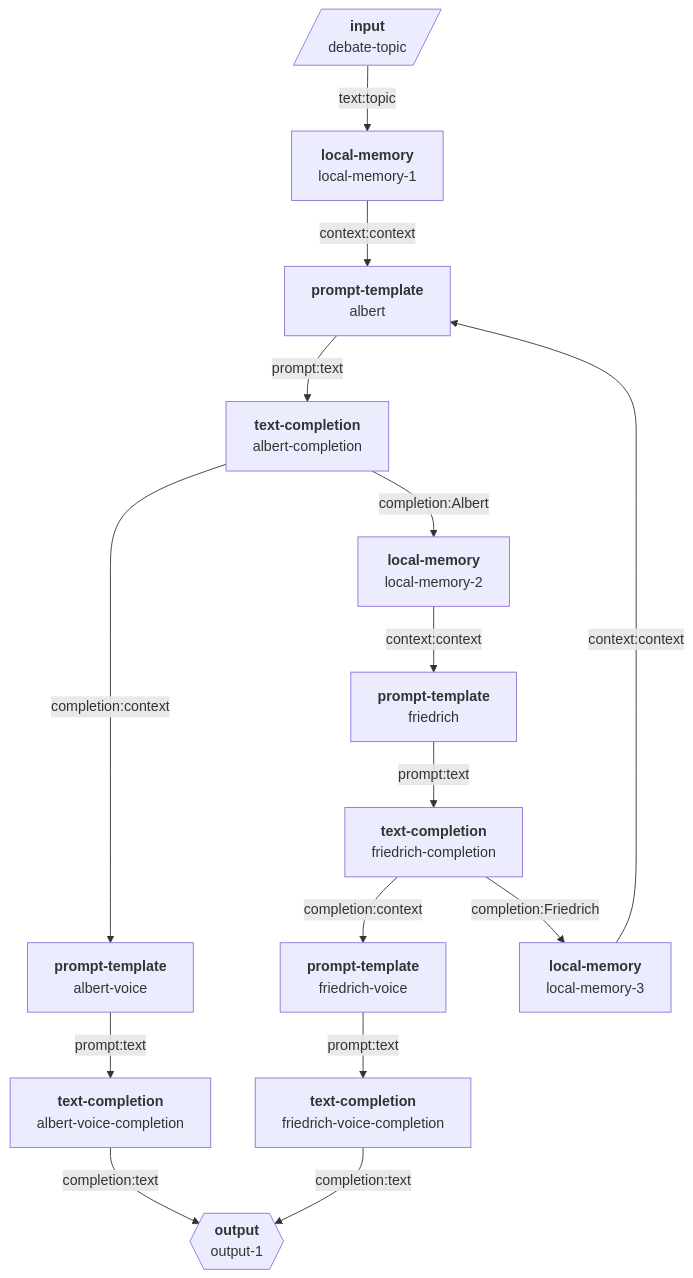
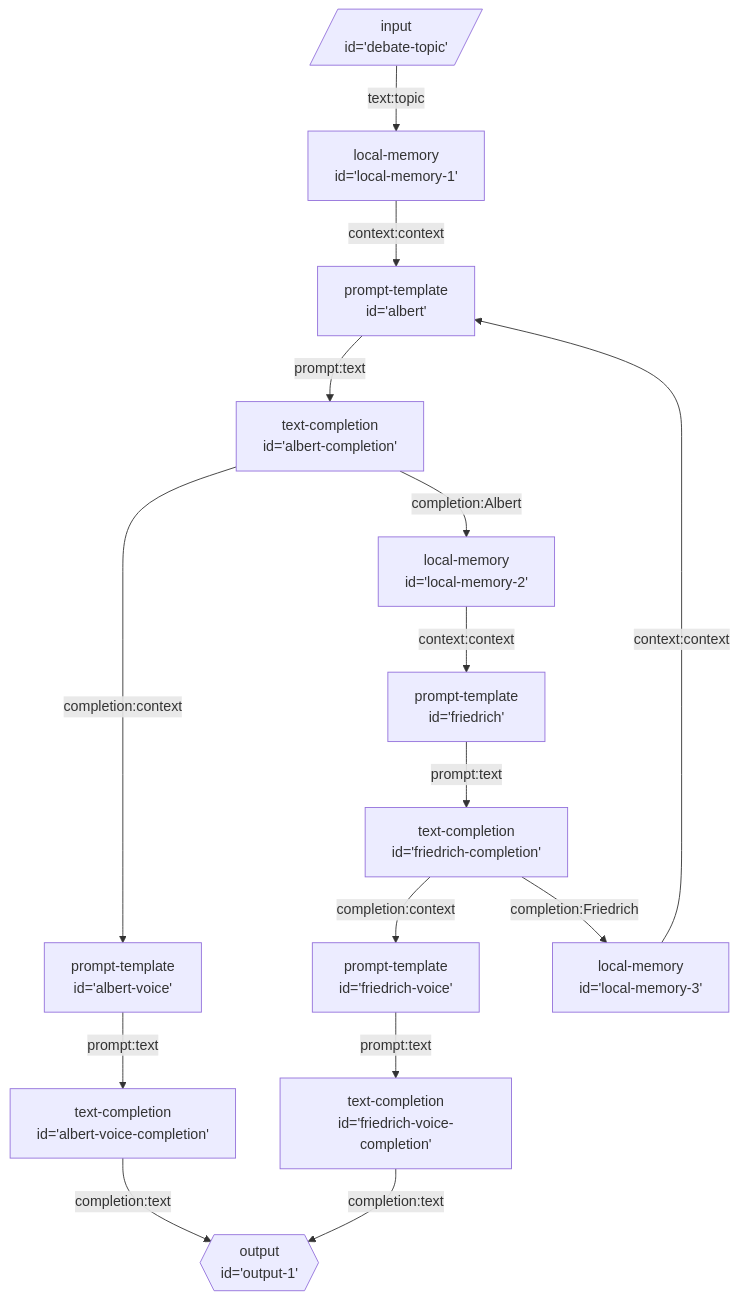
Before and after one commit to breadboard-ai/breadboard: the diagram in seeds/graph-playground/docs/graphs/endless-debate-with-voice.md, drawn with Mermaid. The commit also changed 11 other files, not shown here.

First line of the commit message:
[graph-playground] A bit more style tweaking.

````diff
--- a/seeds/graph-playground/docs/graphs/endless-debate-with-voice.md
+++ b/seeds/graph-playground/docs/graphs/endless-debate-with-voice.md
@@ -4,45 +4,45 @@
 ```mermaid
 graph TD;
-debate-topic[/"`**input**
-debate-topic`"/]:::input -- text:topic --> local-memory-1["`**local-memory**
-local-memory-1`"]
-local-memory-1["`**local-memory**
-local-memory-1`"] -- context:context --> albert["`**prompt-template**
-albert`"]
-albert["`**prompt-template**
-albert`"] -- prompt:text --> albert-completion["`**text-completion**
-albert-completion`"]
-albert-completion["`**text-completion**
-albert-completion`"] -- completion:context --> albert-voice["`**prompt-template**
-albert-voice`"]
-albert-voice["`**prompt-template**
-albert-voice`"] -- prompt:text --> albert-voice-completion["`**text-completion**
-albert-voice-completion`"]
-albert-voice-completion["`**text-completion**
-albert-voice-completion`"] -- completion:text --> output-1{{"`**output**
-output-1`"}}:::output
-albert-completion["`**text-completion**
-albert-completion`"] -- completion:Albert --> local-memory-2["`**local-memory**
-local-memory-2`"]
-local-memory-2["`**local-memory**
-local-memory-2`"] -- context:context --> friedrich["`**prompt-template**
-friedrich`"]
-friedrich["`**prompt-template**
-friedrich`"] -- prompt:text --> friedrich-completion["`**text-completion**
-friedrich-completion`"]
-friedrich-completion["`**text-completion**
-friedrich-completion`"] -- completion:context --> friedrich-voice["`**prompt-template**
-friedrich-voice`"]
-friedrich-voice["`**prompt-template**
-friedrich-voice`"] -- prompt:text --> friedrich-voice-completion["`**text-completion**
-friedrich-voice-completion`"]
-friedrich-voice-completion["`**text-completion**
-friedrich-voice-completion`"] -- completion:text --> output-1{{"`**output**
-output-1`"}}:::output
-friedrich-completion["`**text-completion**
-friedrich-completion`"] -- completion:Friedrich --> local-memory-3["`**local-memory**
-local-memory-3`"]
-local-memory-3["`**local-memory**
-local-memory-3`"] -- context:context --> albert["`**prompt-template**
-albert`"]
+debate-topic[/"input
+id='debate-topic'"/]:::input -- text:topic --> local-memory-1["local-memory
+id='local-memory-1'"]
+local-memory-1["local-memory
+id='local-memory-1'"] -- context:context --> albert["prompt-template
+id='albert'"]
+albert["prompt-template
+id='albert'"] -- prompt:text --> albert-completion["text-completion
+id='albert-completion'"]
+albert-completion["text-completion
+id='albert-completion'"] -- completion:context --> albert-voice["prompt-template
+id='albert-voice'"]
+albert-voice["prompt-template
+id='albert-voice'"] -- prompt:text --> albert-voice-completion["text-completion
+id='albert-voice-completion'"]
+albert-voice-completion["text-completion
+id='albert-voice-completion'"] -- completion:text --> output-1{{"output
+id='output-1'"}}:::output
+albert-completion["text-completion
+id='albert-completion'"] -- completion:Albert --> local-memory-2["local-memory
+id='local-memory-2'"]
+local-memory-2["local-memory
+id='local-memory-2'"] -- context:context --> friedrich["prompt-template
+id='friedrich'"]
+friedrich["prompt-template
+id='friedrich'"] -- prompt:text --> friedrich-completion["text-completion
+id='friedrich-completion'"]
+friedrich-completion["text-completion
+id='friedrich-completion'"] -- completion:context --> friedrich-voice["prompt-template
+id='friedrich-voice'"]
+friedrich-voice["prompt-template
+id='friedrich-voice'"] -- prompt:text --> friedrich-voice-completion["text-completion
+id='friedrich-voice-completion'"]
+friedrich-voice-completion["text-completion
+id='friedrich-voice-completion'"] -- completion:text --> output-1{{"output
+id='output-1'"}}:::output
+friedrich-completion["text-completion
+id='friedrich-completion'"] -- completion:Friedrich --> local-memory-3["local-memory
+id='local-memory-3'"]
+local-memory-3["local-memory
+id='local-memory-3'"] -- context:context --> albert["prompt-template
+id='albert'"]
 ```
````
